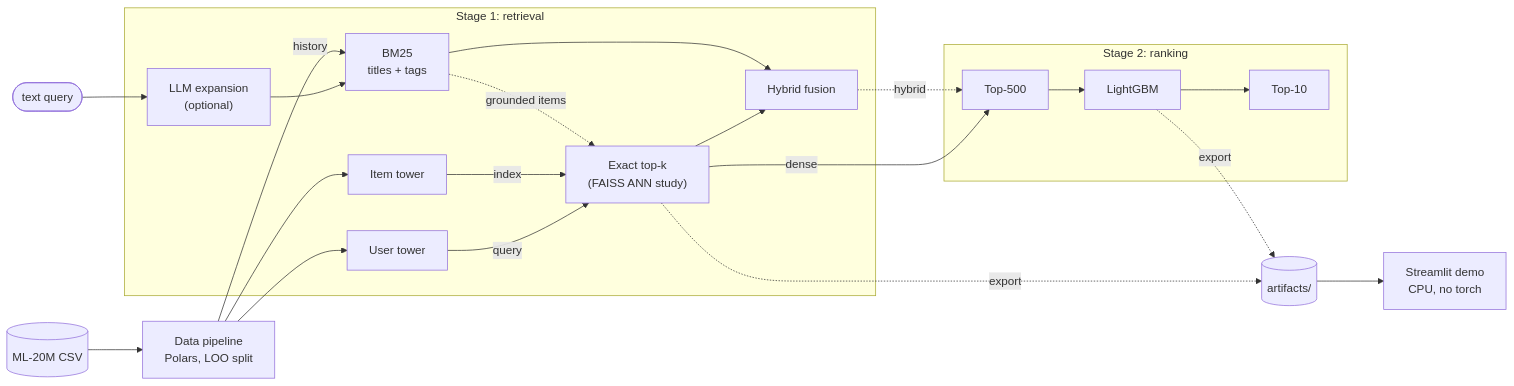
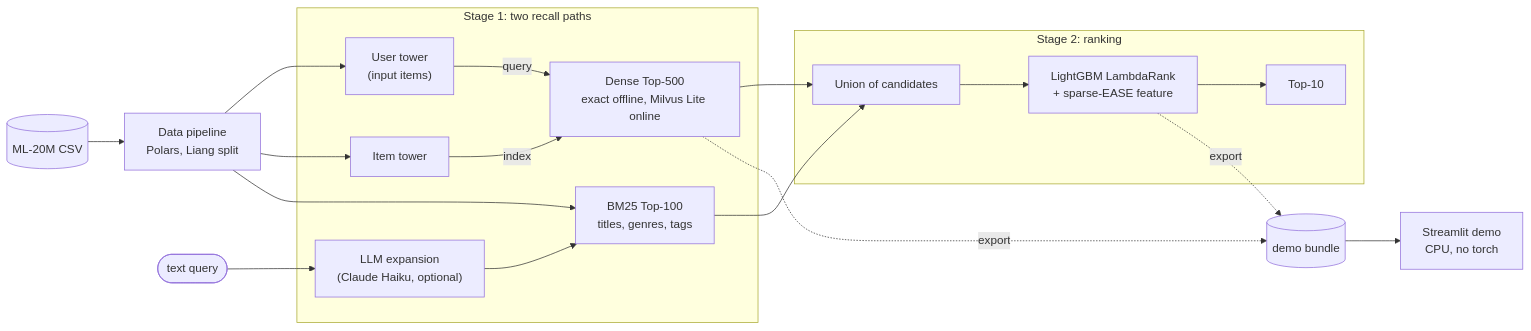
Before and after one commit to createrW/shopsage-recommender: the diagram in README.md, drawn with Mermaid. The commit also changed other lines of this file and 38 other files, not shown here.

Commit message:
S1: Liang split, evaluation, MostPop/EASE calibration (E004), Milvus Lite Probe

````diff
--- a/README.md
+++ b/README.md
@@ -32,24 +39,22 @@
 ```mermaid
 flowchart LR
-    raw[("ML-20M CSV")] --> prep["Data pipeline<br/>Polars, LOO split"]
-    subgraph S1 ["Stage 1: retrieval"]
-        ut["User tower"] -->|query| knn["Exact top-k<br/>(FAISS ANN study)"]
-        it["Item tower"] -->|index| knn
-        llm["LLM expansion<br/>(optional)"] --> bm25["BM25<br/>titles + tags"]
-        knn --> hyb["Hybrid fusion"]
-        bm25 --> hyb
+    raw[("ML-20M CSV")] --> prep["Data pipeline<br/>Polars, Liang split"]
+    subgraph S1 ["Stage 1: two recall paths"]
+        ut["User tower<br/>(input items)"] -->|query| dense["Dense Top-500<br/>exact offline, Milvus Lite online"]
+        it["Item tower"] -->|index| dense
+        bm25["BM25 Top-100<br/>titles, genres, tags"]
+        llm["LLM expansion<br/>(Claude Haiku, optional)"] --> bm25
     end
     subgraph S2 ["Stage 2: ranking"]
-        c500["Top-500"] --> lgbm["LightGBM"] --> top10["Top-10"]
+        cand["Union of candidates"] --> lgbm["LightGBM LambdaRank<br/>+ sparse-EASE feature"] --> top10["Top-10"]
     end
     prep --> ut
     prep --> it
-    prep -->|history| bm25
+    prep --> bm25
     q(["text query"]) --> llm
-    bm25 -.->|grounded items| knn
-    knn -->|dense| c500
-    hyb -.->|hybrid| c500
-    knn -.->|export| art[("artifacts/")]
+    dense --> cand
+    bm25 --> cand
+    dense -.->|export| art[("demo bundle")]
     lgbm -.->|export| art
     art --> demo["Streamlit demo<br/>CPU, no torch"]
 ```
````
